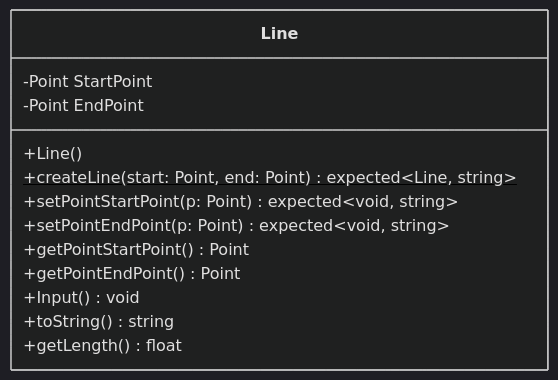
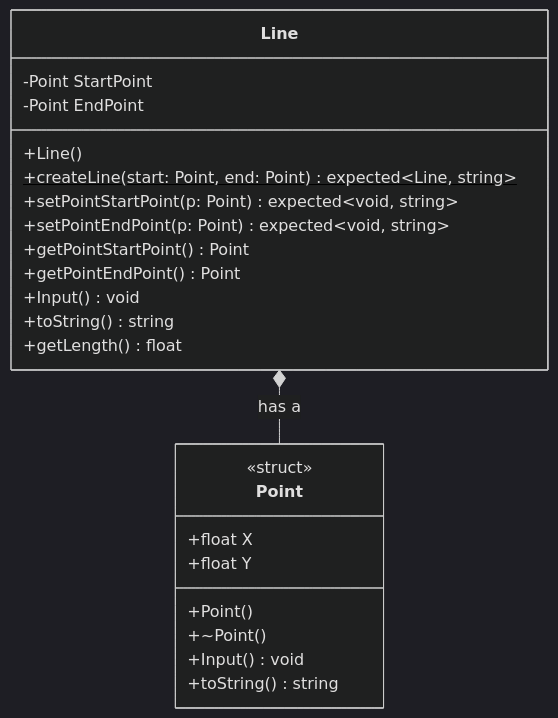
Before and after one commit to Zoto1/OOP: the diagram in oop_w2/LineInput/readme.md, drawn with Mermaid (dark theme).

Commit message:
Fix diagram of line

````diff
--- a/oop_w2/LineInput/readme.md
+++ b/oop_w2/LineInput/readme.md
@@ -11,16 +11,26 @@
 ```mermaid
 classDiagram
+    class Point {
+        <<struct>>
+        +float X
+        +float Y
+        +Point()
+        +~Point()
+        +Input() void
+        +toString() string
+    }
     class Line {
         -Point StartPoint
         -Point EndPoint
         +Line()
         +createLine(start: Point, end: Point)$ expected~Line, string~
         +setPointStartPoint(p: Point) expected~void, string~
         +setPointEndPoint(p: Point) expected~void, string~
         +getPointStartPoint() Point
         +getPointEndPoint() Point
         +Input() void
         +toString() string
         +getLength() float
     }
+    Line *-- Point : has a
 ```
````
